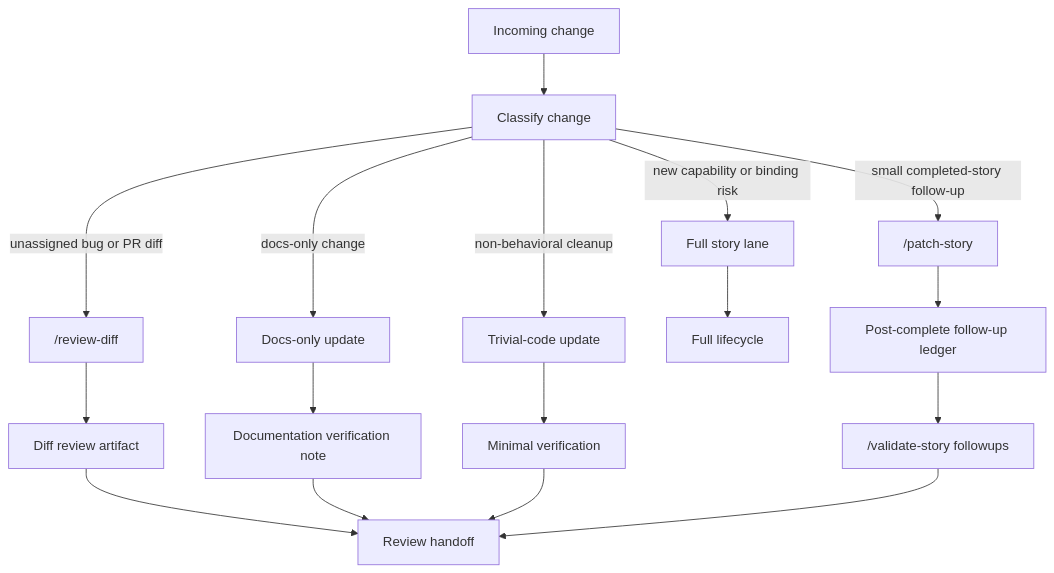
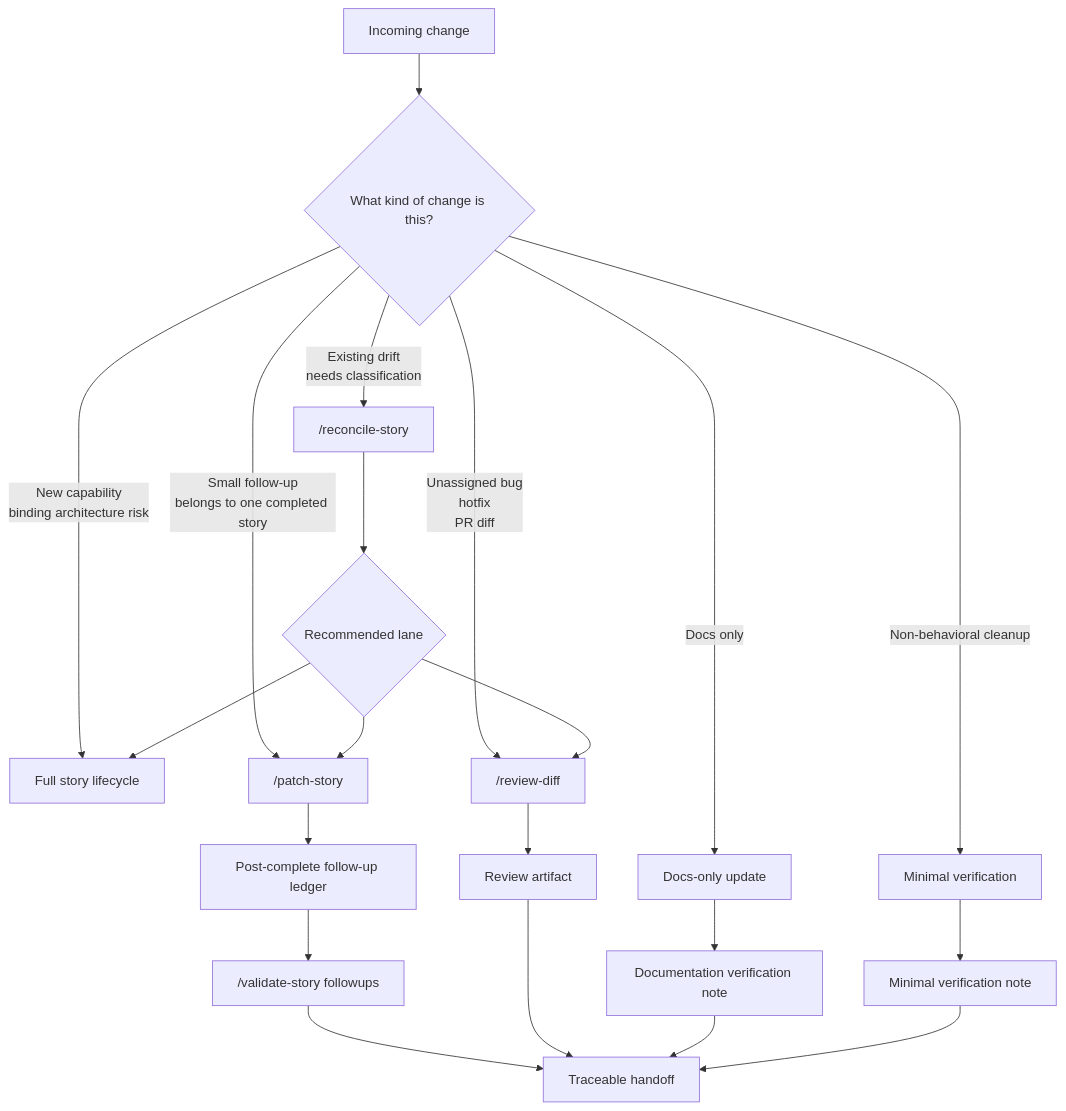
One commit to PhilipTeitel/Obisidian-AI changed the third of 3 diagrams in docs/sdlc/workflow-sdlc.md. Above: the diagram before and after it, drawn with Mermaid. The commit also changed other lines of this file, not shown here.

Commit message:
Updated SDLC documentation

````diff
--- a/docs/sdlc/workflow-sdlc.md
+++ b/docs/sdlc/workflow-sdlc.md
@@ -133,19 +221,27 @@
 ```mermaid
 flowchart TD
-    incomingChange["Incoming change"] --> classifyChange["Classify change"]
-    classifyChange -->|"new capability or binding risk"| fullStory["Full story lane"]
-    classifyChange -->|"small completed-story follow-up"| patchStory["/patch-story"]
-    classifyChange -->|"unassigned bug or PR diff"| reviewDiff["/review-diff"]
-    classifyChange -->|"docs-only change"| docsOnly["Docs-only update"]
-    classifyChange -->|"non-behavioral cleanup"| trivialCode["Trivial-code update"]
-    fullStory --> fullLifecycle["Full lifecycle"]
-    patchStory --> ledgerEntry["Post-complete follow-up ledger"]
-    reviewDiff --> reviewArtifact["Diff review artifact"]
-    docsOnly --> docsVerification["Documentation verification note"]
-    trivialCode --> minimalVerification["Minimal verification"]
-    ledgerEntry --> validateFollowups["/validate-story followups"]
-    reviewArtifact --> handoff["Review handoff"]
-    docsVerification --> handoff
-    minimalVerification --> handoff
-    validateFollowups --> handoff
+    incomingChange["Incoming change"] --> classify{"What kind of change is this?"}
+
+    classify -->|"New capability<br/>binding architecture risk"| fullStory["Full story lifecycle"]
+    classify -->|"Small follow-up<br/>belongs to one completed story"| patchStory["/patch-story"]
+    classify -->|"Existing drift<br/>needs classification"| reconcileStory["/reconcile-story"]
+    classify -->|"Unassigned bug<br/>hotfix<br/>PR diff"| reviewDiff["/review-diff"]
+    classify -->|"Docs only"| docsOnly["Docs-only update"]
+    classify -->|"Non-behavioral cleanup"| trivialCode["Minimal verification"]
+
+    patchStory --> ledger["Post-complete follow-up ledger"]
+    reconcileStory --> laneDecision{"Recommended lane"}
+    laneDecision --> patchStory
+    laneDecision --> reviewDiff
+    laneDecision --> fullStory
+
+    reviewDiff --> reviewArtifact["Review artifact"]
+    docsOnly --> docsNote["Documentation verification note"]
+    trivialCode --> verification["Minimal verification note"]
+
+    ledger --> validateFollowups["/validate-story followups"]
+    validateFollowups --> handoff["Traceable handoff"]
+    reviewArtifact --> handoff
+    docsNote --> handoff
+    verification --> handoff
 ```
````
